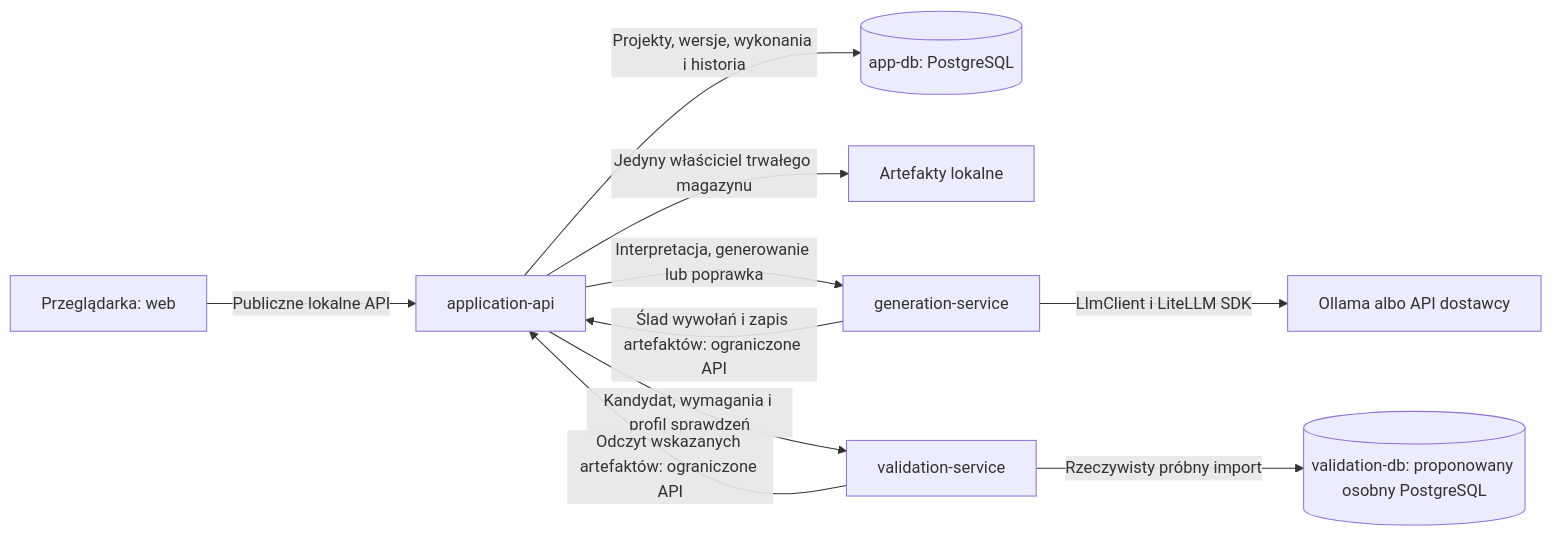
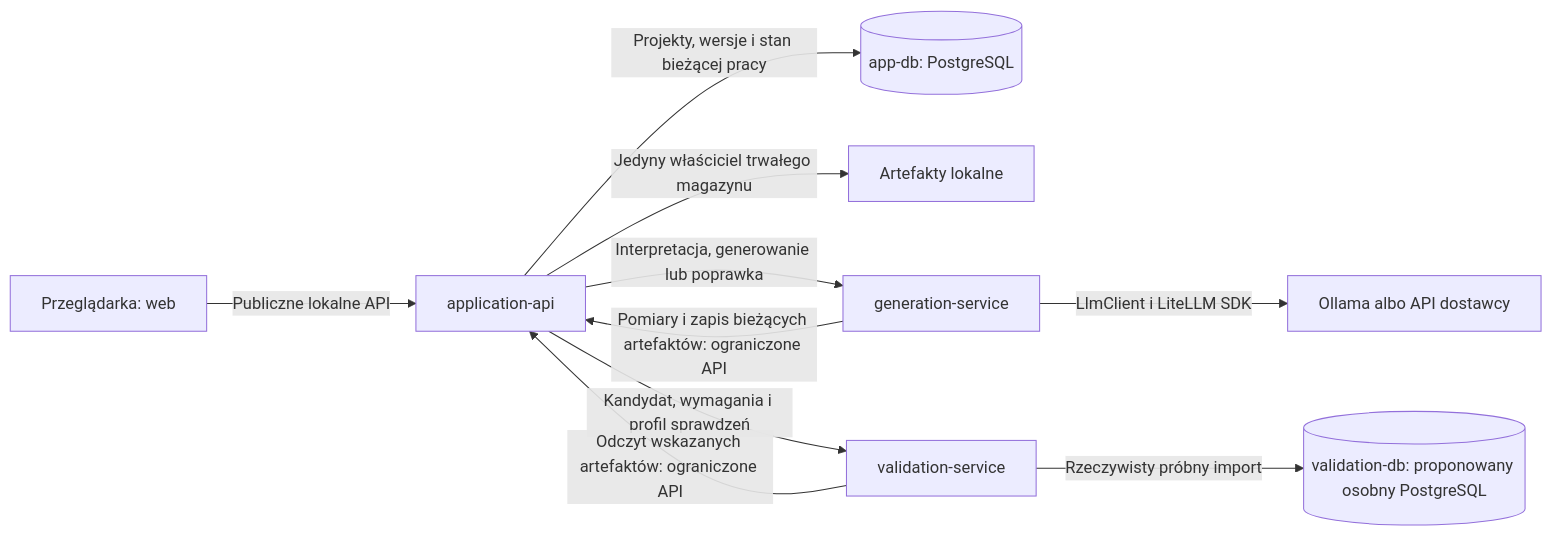
The diagram in docs/serwisy_i_technologie.md (jwieczor03/mgr-llm-data-generator), drawn with Mermaid before and after one commit. The commit also changed other lines of this file and 14 other files, not shown here.

````diff
--- a/docs/serwisy_i_technologie.md
+++ b/docs/serwisy_i_technologie.md
@@ -28,12 +90,12 @@
 ```mermaid
 flowchart LR
     U["Przeglądarka: web"] -->|"Publiczne lokalne API"| A["application-api"]
-    A -->|"Projekty, wersje, wykonania i historia"| D[("app-db: PostgreSQL")]
+    A -->|"Projekty, wersje i stan bieżącej pracy"| D[("app-db: PostgreSQL")]
     A -->|"Jedyny właściciel trwałego magazynu"| F["Artefakty lokalne"]
     A -->|"Interpretacja, generowanie lub poprawka"| G["generation-service"]
-    G -->|"Ślad wywołań i zapis artefaktów: ograniczone API"| A
+    G -->|"Pomiary i zapis bieżących artefaktów: ograniczone API"| A
     G -->|"LlmClient i LiteLLM SDK"| M["Ollama albo API dostawcy"]
     A -->|"Kandydat, wymagania i profil sprawdzeń"| V["validation-service"]
     V -->|"Odczyt wskazanych artefaktów: ograniczone API"| A
     V -->|"Rzeczywisty próbny import"| S[("validation-db: proponowany osobny PostgreSQL")]
 ```
````
